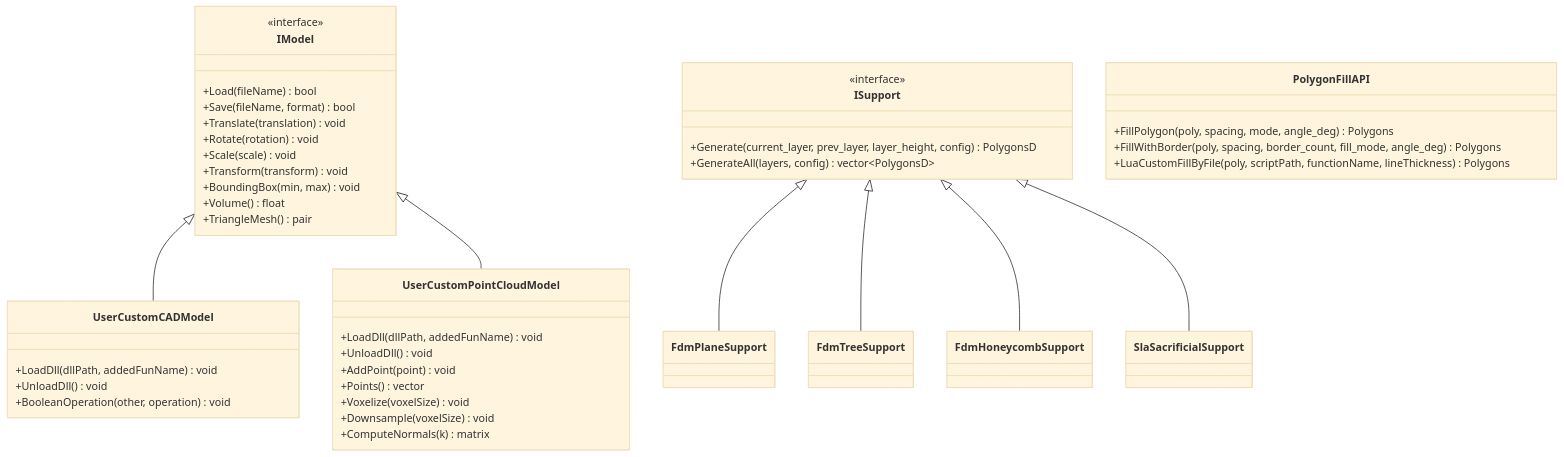
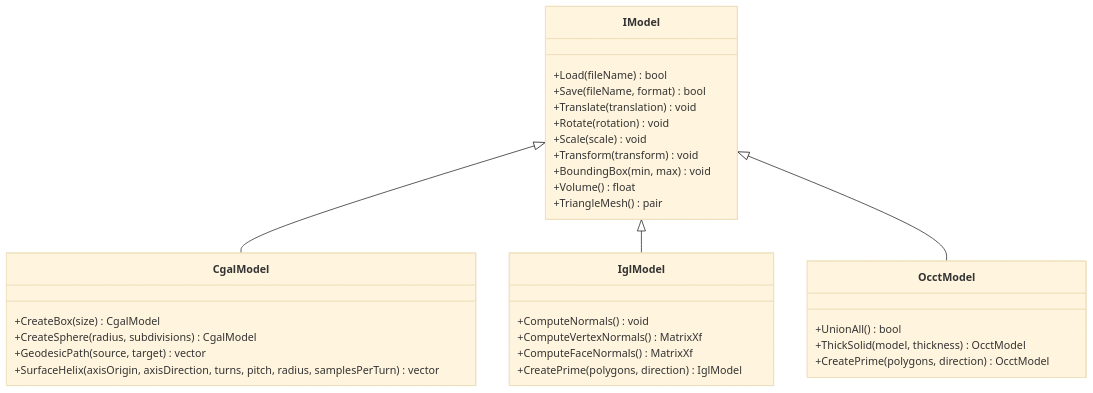
The second of 6 diagrams in .qoder/repowiki/zh/content/扩展开发指南/扩展开发指南.md (hsmbanlance/HsBaSlicer), drawn with Mermaid (base theme) before and after one commit. The commit also changed other lines of this file and 1095 other files, not shown here.

````diff
--- a/.qoder/repowiki/zh/content/扩展开发指南/扩展开发指南.md
+++ b/.qoder/repowiki/zh/content/扩展开发指南/扩展开发指南.md
@@ -99,49 +106,34 @@
 ```mermaid
 classDiagram
 class IModel {
-<<interface>>
 +Load(fileName) bool
 +Save(fileName, format) bool
 +Translate(translation) void
 +Rotate(rotation) void
 +Scale(scale) void
 +Transform(transform) void
 +BoundingBox(min, max) void
 +Volume() float
 +TriangleMesh() pair
 }
-class UserCustomCADModel {
-+LoadDll(dllPath, addedFunName) void
-+UnloadDll() void
-+BooleanOperation(other, operation) void
+class CgalModel {
++CreateBox(size) CgalModel
++CreateSphere(radius, subdivisions) CgalModel
++GeodesicPath(source, target) vector
++SurfaceHelix(axisOrigin, axisDirection, turns, pitch, radius, samplesPerTurn) vector
 }
-class UserCustomPointCloudModel {
-+LoadDll(dllPath, addedFunName) void
-+UnloadDll() void
-+AddPoint(point) void
-+Points() vector
-+Voxelize(voxelSize) void
-+Downsample(voxelSize) void
-+ComputeNormals(k) matrix
+class IglModel {
++ComputeNormals() void
++ComputeVertexNormals() MatrixXf
++ComputeFaceNormals() MatrixXf
++CreatePrime(polygons, direction) IglModel
 }
-class ISupport {
-<<interface>>
-+Generate(current_layer, prev_layer, layer_height, config) PolygonsD
-+GenerateAll(layers, config) vector~PolygonsD~
+class OcctModel {
++UnionAll() bool
++ThickSolid(model, thickness) OcctModel
++CreatePrime(polygons, direction) OcctModel
 }
-class FdmPlaneSupport
-class FdmTreeSupport
-class FdmHoneycombSupport
-class SlaSacrificialSupport
-class PolygonFillAPI {
-+FillPolygon(poly, spacing, mode, angle_deg) Polygons
-+FillWithBorder(poly, spacing, border_count, fill_mode, angle_deg) Polygons
-+LuaCustomFillByFile(poly, scriptPath, functionName, lineThickness) Polygons
-}
-IModel <|-- UserCustomCADModel
-IModel <|-- UserCustomPointCloudModel
-ISupport <|-- FdmPlaneSupport
-ISupport <|-- FdmTreeSupport
-ISupport <|-- FdmHoneycombSupport
-ISupport <|-- SlaSacrificialSupport
+IModel <|-- CgalModel
+IModel <|-- IglModel
+IModel <|-- OcctModel
 ```
````
